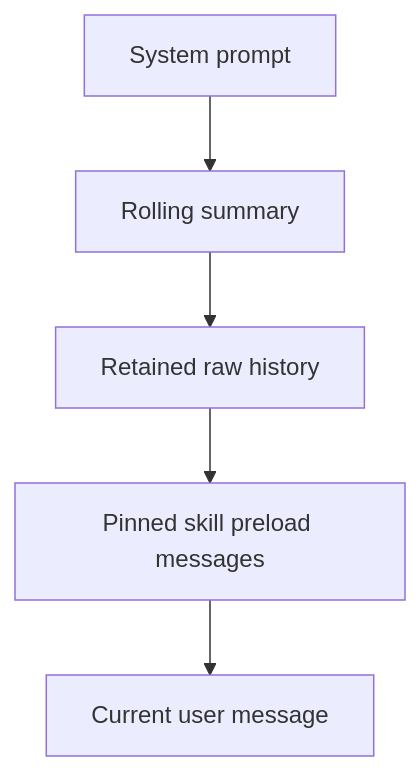
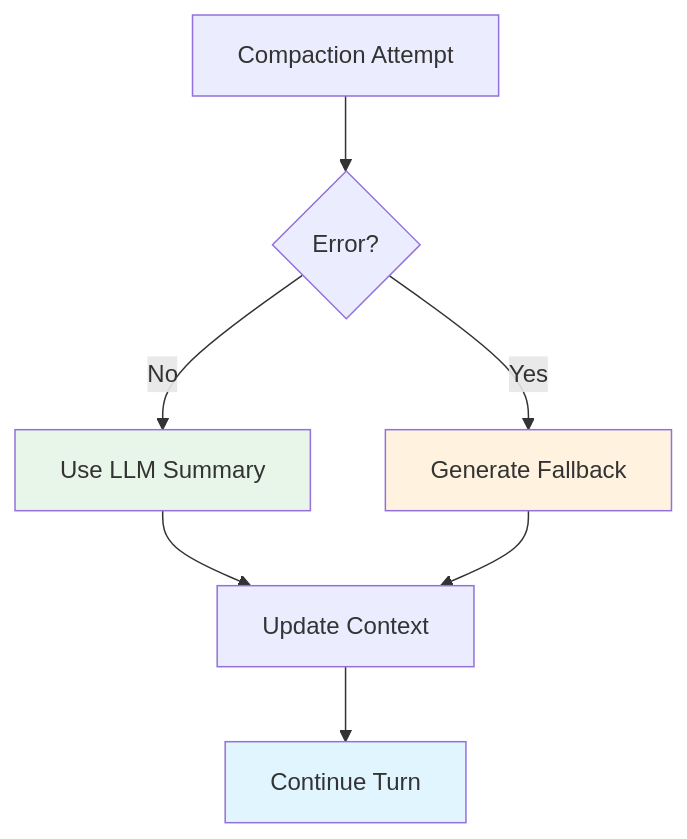
Diagram 11 of 12 in doc/context-compaction.md (lastweek/nano-coder), drawn with Mermaid before and after one commit. The commit also changed other lines of this file and 18 other files, not shown here.

````diff
--- a/doc/context-compaction.md
+++ b/doc/context-compaction.md
@@ -166,7 +1185,13 @@
 ```mermaid
 flowchart TD
-    A[System prompt] --> B[Rolling summary]
-    B --> C[Retained raw history]
-    C --> D[Pinned skill preload messages]
-    D --> E[Current user message]
+    A[Compaction Attempt] --> B{Error?}
+    B -- No --> C[Use LLM Summary]
+    B -- Yes --> D[Generate Fallback]
+    C --> E[Update Context]
+    D --> E
+    E --> F[Continue Turn]
+
+    style C fill:#e8f5e9
+    style D fill:#fff3e0
+    style F fill:#e1f5ff
 ```
````
